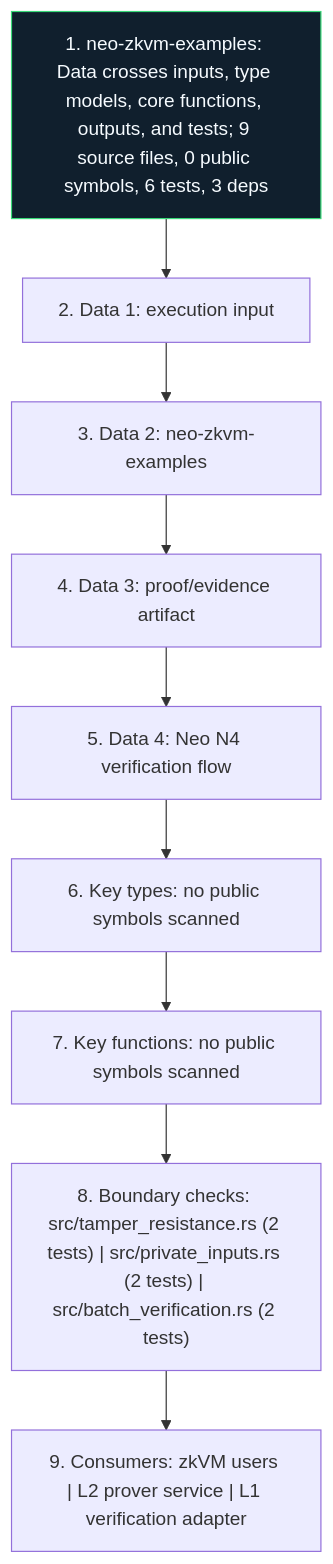
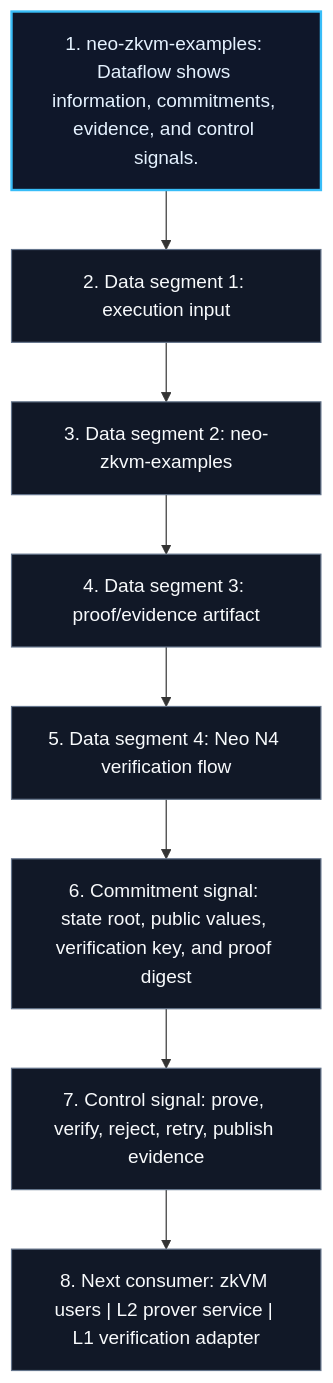
Before and after one commit to r3e-network/neo-zkvm: the diagram in crates/neo-zkvm-examples/docs/figures/dataflow.mmd, drawn with Mermaid. The commit also changed 447 other files, not shown here.

Commit message:
Replace crate diagrams with technical views

```diff
--- a/crates/neo-zkvm-examples/docs/figures/dataflow.mmd
+++ b/crates/neo-zkvm-examples/docs/figures/dataflow.mmd
@@ -1,20 +1,20 @@
 flowchart TB
-    N1["1. neo-zkvm-examples: Data crosses inputs, type models, core functions, outputs, and tests; 9 source files, 0 public symbols, 6 tests, 3 deps"]
-    N2["2. Data 1: execution input"]
-    N3["3. Data 2: neo-zkvm-examples"]
-    N4["4. Data 3: proof/evidence artifact"]
-    N5["5. Data 4: Neo N4 verification flow"]
-    N6["6. Key types: no public symbols scanned"]
-    N7["7. Key functions: no public symbols scanned"]
-    N8["8. Boundary checks: src/tamper_resistance.rs (2 tests) | src/private_inputs.rs (2 tests) | src/batch_verification.rs (2 tests)"]
-    N9["9. Consumers: zkVM users | L2 prover service | L1 verification adapter"]
+    N1["1. neo-zkvm-examples: Dataflow shows information, commitments, evidence, and control signals."]
+    N2["2. Data segment 1: execution input"]
+    N3["3. Data segment 2: neo-zkvm-examples"]
+    N4["4. Data segment 3: proof/evidence artifact"]
+    N5["5. Data segment 4: Neo N4 verification flow"]
+    N6["6. Commitment signal: state root, public values, verification key, and proof digest"]
+    N7["7. Control signal: prove, verify, reject, retry, publish evidence"]
+    N8["8. Next consumer: zkVM users | L2 prover service | L1 verification adapter"]
     N1 --> N2
     N2 --> N3
     N3 --> N4
     N4 --> N5
     N5 --> N6
     N6 --> N7
     N7 --> N8
-    N8 --> N9
-    classDef crate fill:#101f2d,stroke:#38d978,color:#f6fbff
-    class N1 crate
+    classDef core fill:#0f172a,stroke:#38bdf8,color:#e5f2ff,stroke-width:2px;
+    classDef support fill:#111827,stroke:#64748b,color:#f8fafc;
+    class N1 core;
+    class N2,N3,N4,N5,N6,N7,N8 support;
```
